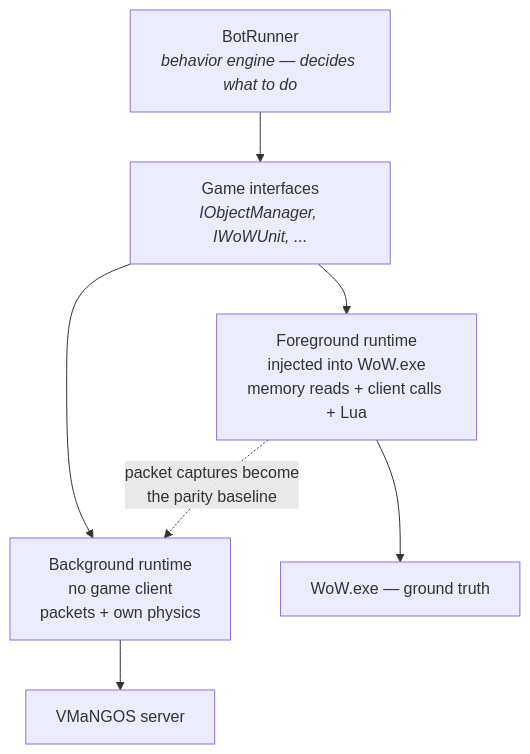
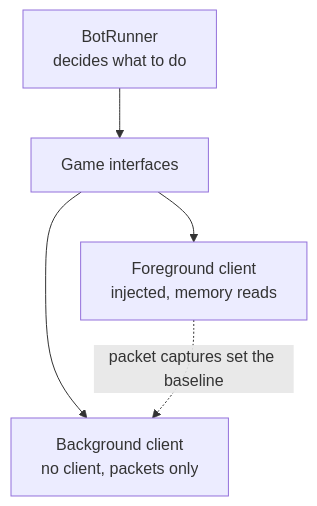
Before and after one commit to lrhodes404/wwow-devblog: the diagram in _posts/2026-09-08-escaping-the-client.md, drawn with Mermaid. The commit also changed other lines of this file and 55 other files, not shown here.

````diff
--- a/_posts/2026-09-08-escaping-the-client.md
+++ b/_posts/2026-09-08-escaping-the-client.md
@@ -101,11 +58,9 @@
 ```mermaid
 flowchart TB
-  BR["BotRunner<br/><i>behavior engine — decides what to do</i>"]
-  GD["Game interfaces<br/><i>IObjectManager, IWoWUnit, ...</i>"]
-  BR --> GD
-  GD --> FG["Foreground runtime<br/>injected into WoW.exe<br/>memory reads + client calls + Lua"]
-  GD --> BG["Background runtime<br/>no game client<br/>packets + own physics"]
-  FG --> W["WoW.exe — ground truth"]
-  BG --> S["VMaNGOS server"]
-  FG -.->|"packet captures become<br/>the parity baseline"| BG
+  BR["BotRunner<br/>decides what to do"]
+  I["Game interfaces"]
+  BR --> I
+  I --> FG["Foreground client<br/>injected, memory reads"]
+  I --> BG["Background client<br/>no client, packets only"]
+  FG -.->|"packet captures set the baseline"| BG
 ```
````
